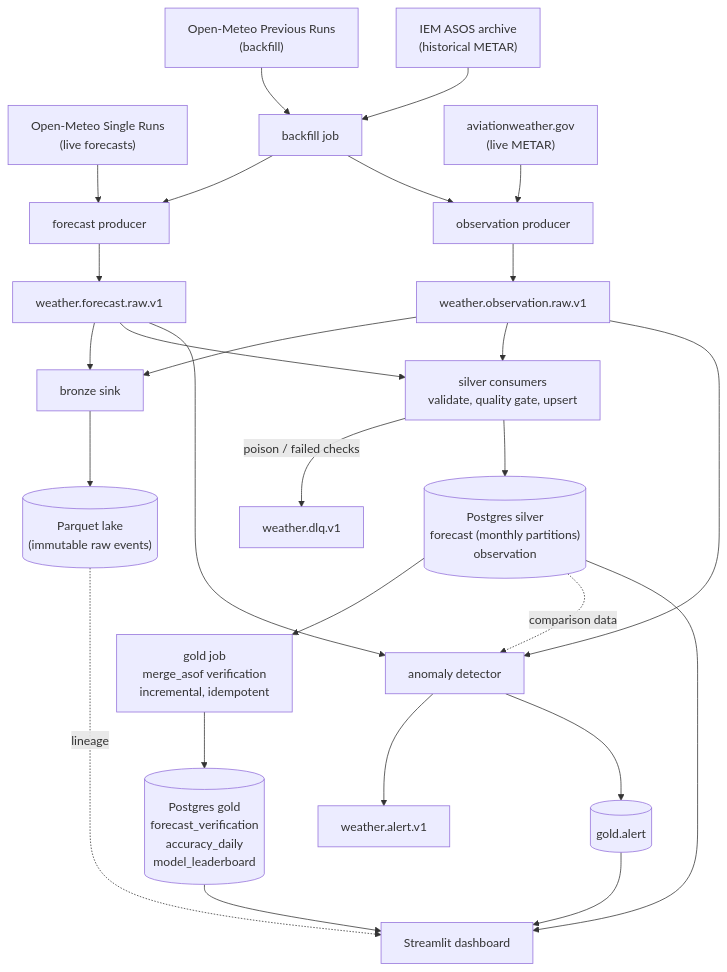
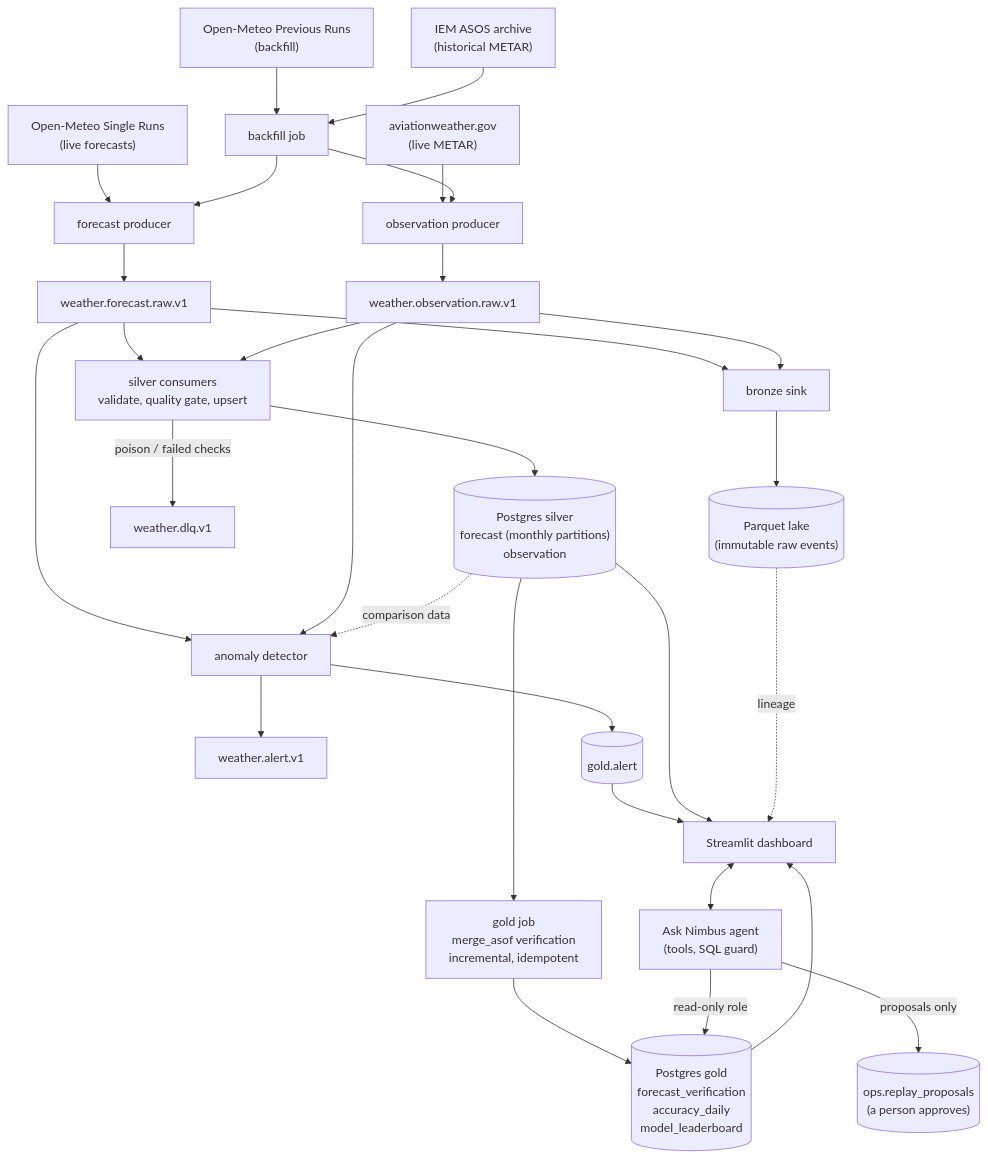
Before and after one commit to AsilKhan619/Weather-app: the diagram in README.md, drawn with Mermaid. The commit also changed other lines of this file and 5 other files, not shown here.

First line of the commit message:
docs: ADR 0009 (Ask Nimbus agent), PLAN Phase 6, README, runbook section 15, CLAUDE.md

````diff
--- a/README.md
+++ b/README.md
@@ -30,35 +30,39 @@
 ```mermaid
 flowchart TB
     OM_LIVE["Open-Meteo Single Runs<br/>(live forecasts)"] --> FP[forecast producer]
     OM_BACK["Open-Meteo Previous Runs<br/>(backfill)"] --> BACKFILL[backfill job]
     METAR_LIVE["aviationweather.gov<br/>(live METAR)"] --> OP[observation producer]
     METAR_BACK["IEM ASOS archive<br/>(historical METAR)"] --> BACKFILL
     BACKFILL --> FP
     BACKFILL --> OP
 
     FP --> T1["weather.forecast.raw.v1"]
     OP --> T2["weather.observation.raw.v1"]
 
     T1 --> BRONZE[bronze sink]
     T2 --> BRONZE
     BRONZE --> LAKE[("Parquet lake<br/>(immutable raw events)")]
 
     T1 --> SILVER["silver consumers<br/>validate, quality gate, upsert"]
     T2 --> SILVER
     SILVER -->|poison / failed checks| DLQ[weather.dlq.v1]
     SILVER --> PG_SILVER[("Postgres silver<br/>forecast (monthly partitions)<br/>observation")]
 
     PG_SILVER --> GOLD["gold job<br/>merge_asof verification<br/>incremental, idempotent"]
     GOLD --> PG_GOLD[("Postgres gold<br/>forecast_verification<br/>accuracy_daily<br/>model_leaderboard")]
 
     T1 --> DET[anomaly detector]
     T2 --> DET
     PG_SILVER -.->|comparison data| DET
     DET --> T3[weather.alert.v1]
     DET --> PG_ALERT[("gold.alert")]
 
     PG_GOLD --> DASH[Streamlit dashboard]
     PG_ALERT --> DASH
     PG_SILVER --> DASH
     LAKE -.->|lineage| DASH
+
+    DASH <--> AGENT["Ask Nimbus agent<br/>(tools, SQL guard)"]
+    AGENT -->|read-only role| PG_GOLD
+    AGENT -->|proposals only| PROPOSALS[("ops.replay_proposals<br/>(a person approves)")]
 ```
````
